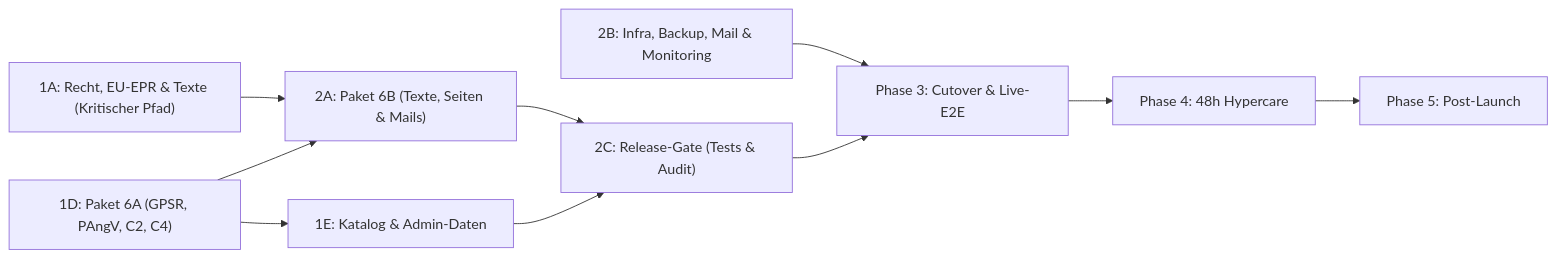
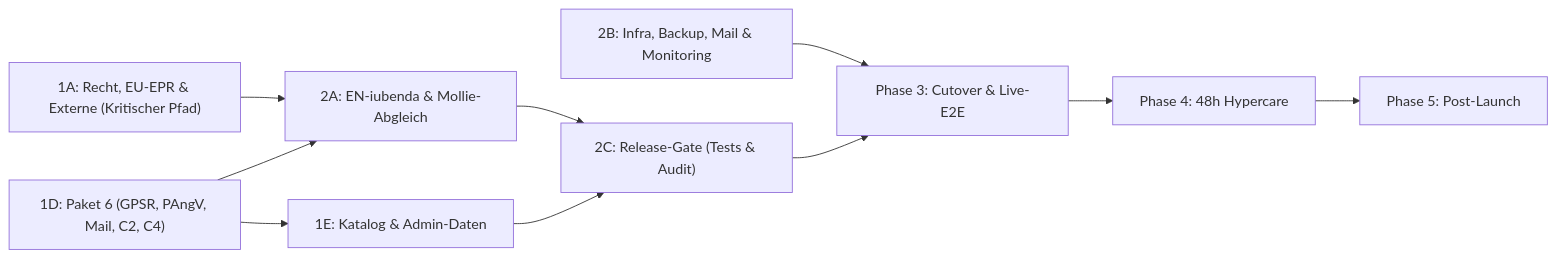
The diagram in docs/golive/README.md (bitstorm-tech/voenix-shop-kotlin), drawn with Mermaid before and after one commit. The commit also changed other lines of this file and 2 other files, not shown here.

````diff
--- a/docs/golive/README.md
+++ b/docs/golive/README.md
@@ -32,22 +31,22 @@
 ```mermaid
 flowchart LR
-    S1A["1A: Recht, EU-EPR & Texte (Kritischer Pfad)"]
-    S1D["1D: Paket 6A (GPSR, PAngV, C2, C4)"]
+    S1A["1A: Recht, EU-EPR & Externe (Kritischer Pfad)"]
+    S1D["1D: Paket 6 (GPSR, PAngV, Mail, C2, C4)"]
     S1E["1E: Katalog & Admin-Daten"]
-    S2A["2A: Paket 6B (Texte, Seiten & Mails)"]
+    S2A["2A: EN-iubenda & Mollie-Abgleich"]
     S2B["2B: Infra, Backup, Mail & Monitoring"]
     S2C["2C: Release-Gate (Tests & Audit)"]
     P3["Phase 3: Cutover & Live-E2E"]
     P4["Phase 4: 48h Hypercare"]
     P5["Phase 5: Post-Launch"]
 
     S1A --> S2A
     S1D --> S2A
     S1D --> S1E
     S1E --> S2C
     S2A --> S2C
     S2B --> P3
     S2C --> P3
     P3 --> P4
     P4 --> P5
 ```
````
